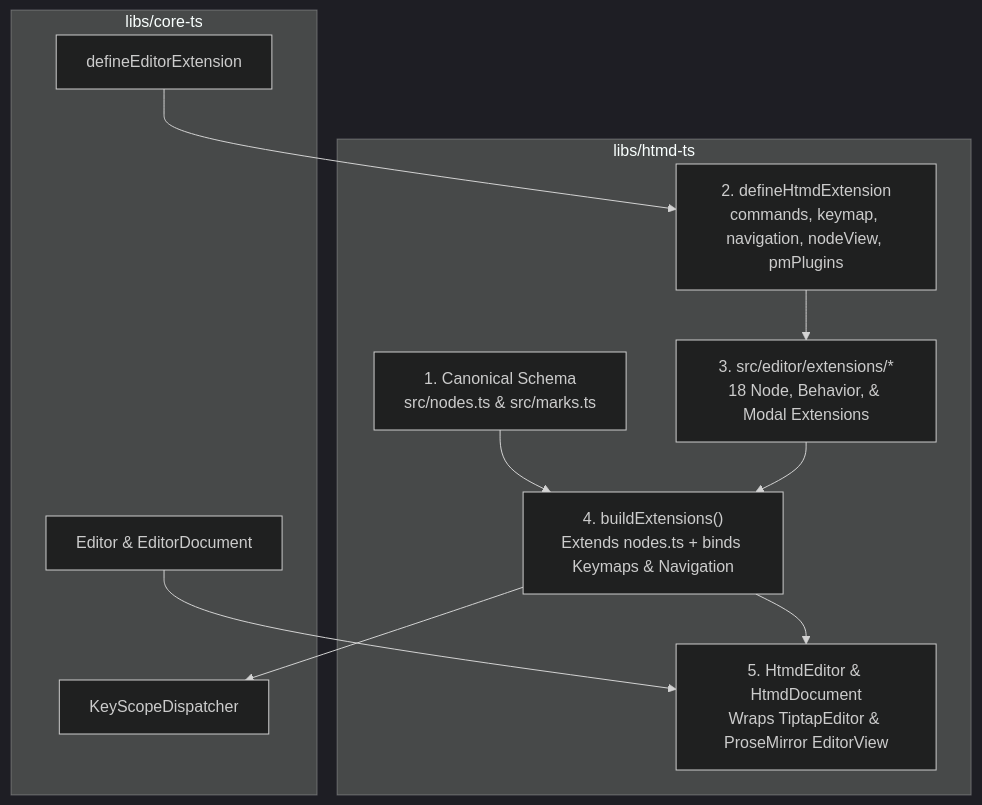
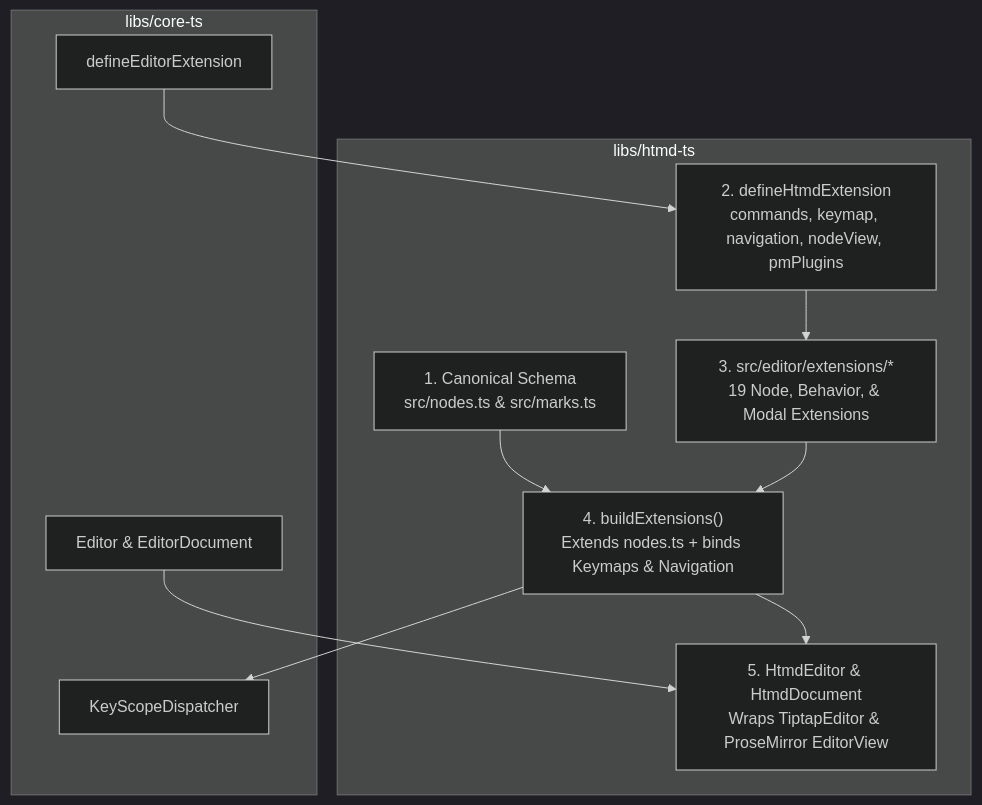
Before and after one commit to hypertextual/hypertextual: the third of 8 diagrams in docs/architecture/htmd-ts/editor-extensions.md, drawn with Mermaid (dark theme). The commit also changed other lines of this file and 39 other files, not shown here.

Commit message:
feat(editor): add dedicated Mermaid node, NodeView, and PipWindow

````diff
--- a/docs/architecture/htmd-ts/editor-extensions.md
+++ b/docs/architecture/htmd-ts/editor-extensions.md
@@ -106,21 +106,21 @@
 ```mermaid
 flowchart TD
     subgraph CoreTS["libs/core-ts"]
         EditorContract["Editor & EditorDocument"]
         ExtContract["defineEditorExtension"]
         KeyScope["KeyScopeDispatcher"]
     end
 
     subgraph HtmdTS["libs/htmd-ts"]
         NodesMarks["1. Canonical Schema<br/>src/nodes.ts & src/marks.ts"]
         DefineExt["2. defineHtmdExtension<br/>commands, keymap, navigation, nodeView, pmPlugins"]
-        Exts["3. src/editor/extensions/*<br/>18 Node, Behavior, & Modal Extensions"]
+        Exts["3. src/editor/extensions/*<br/>19 Node, Behavior, & Modal Extensions"]
         BuildExts["4. buildExtensions()<br/>Extends nodes.ts + binds Keymaps & Navigation"]
         Controller["5. HtmdEditor & HtmdDocument<br/>Wraps TiptapEditor & ProseMirror EditorView"]
     end
 
     ExtContract --> DefineExt --> Exts
     NodesMarks & Exts --> BuildExts
     EditorContract & BuildExts --> Controller
     BuildExts --> KeyScope
 ```
````
